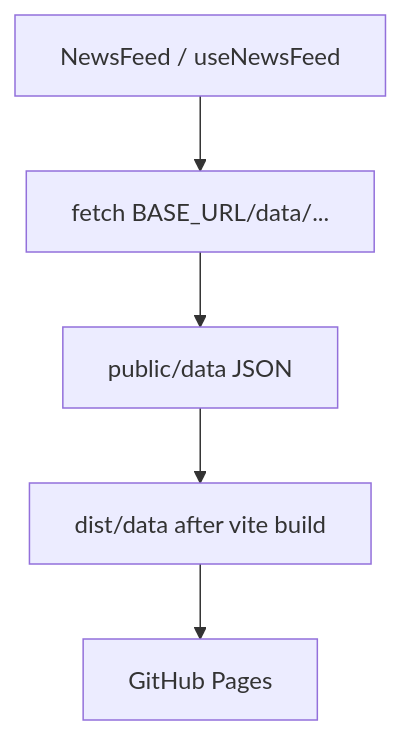
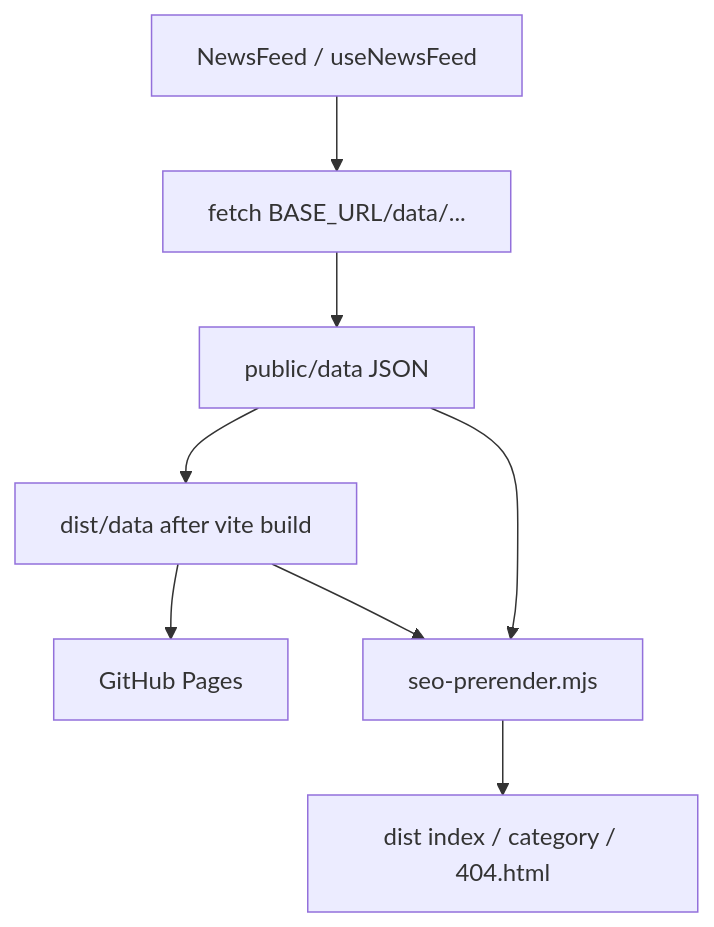
The diagram in docs/architecture.md (bhavingajjar/news), drawn with Mermaid before and after one commit. The commit also changed other lines of this file and 18 other files, not shown here.

First line of the commit message:
Add build-time SEO prerender and fuller meta coverage.

````diff
--- a/docs/architecture.md
+++ b/docs/architecture.md
@@ -39,7 +44,10 @@
 ```mermaid
 flowchart TD
   UI[NewsFeed / useNewsFeed] --> Fetch[fetch BASE_URL/data/...]
   Fetch --> PublicJSON[public/data JSON]
   PublicJSON --> Dist[dist/data after vite build]
   Dist --> Pages[GitHub Pages]
+  PublicJSON --> Prerender[seo-prerender.mjs]
+  Dist --> Prerender
+  Prerender --> StaticHTML[dist index / category / 404.html]
 ```
````
